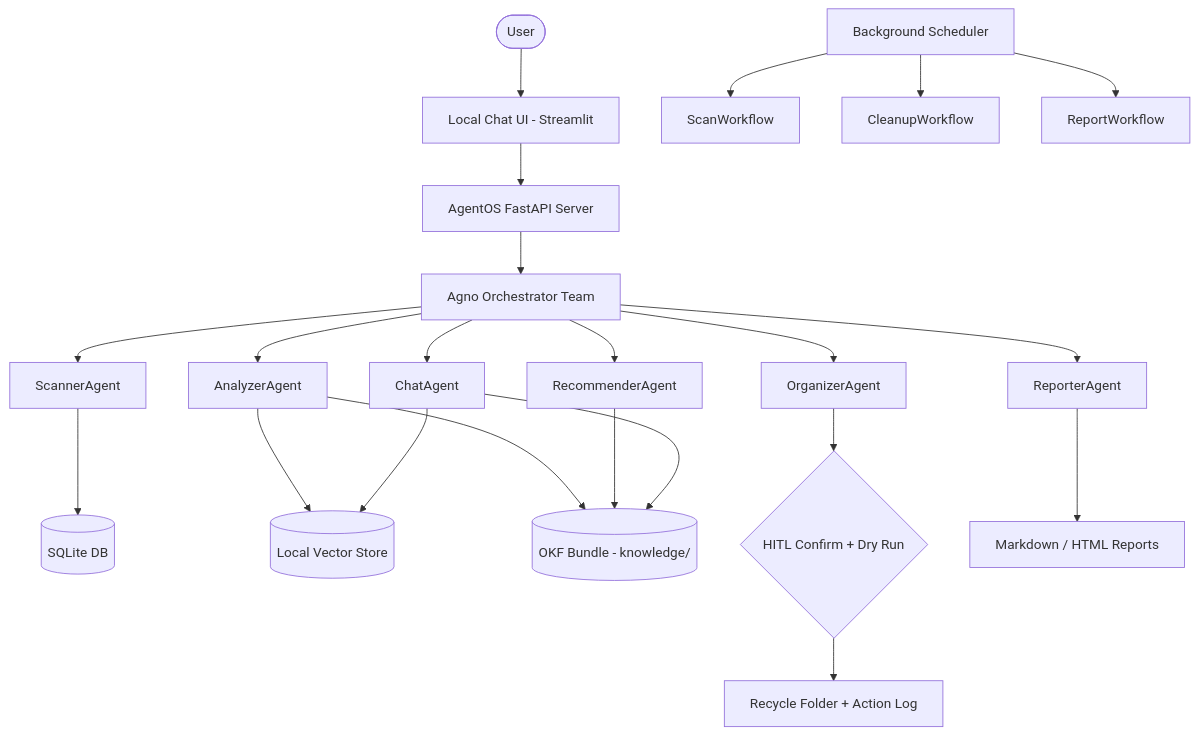
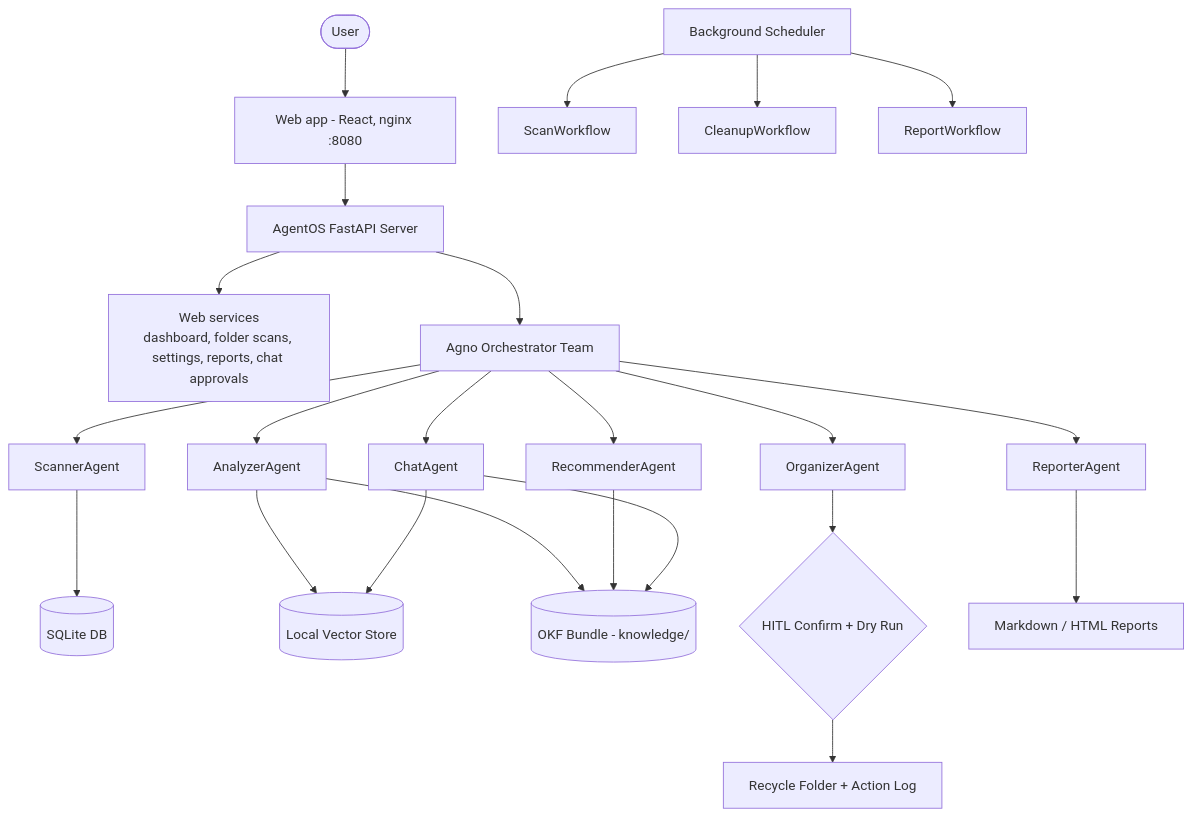
Before and after one commit to aion7891/steward: the diagram in docs/architecture.md, drawn with Mermaid. The commit also changed other lines of this file and 9 other files, not shown here.

````diff
--- a/docs/architecture.md
+++ b/docs/architecture.md
@@ -7,27 +7,28 @@
 ```mermaid
 flowchart TB
-    User([User]) --> UI[Local Chat UI - Streamlit]
+    User([User]) --> UI["Web app - React, nginx :8080"]
     UI --> API[AgentOS FastAPI Server]
+    API --> WebSvc["Web services<br/>dashboard, folder scans, settings, reports, chat approvals"]
     API --> Team[Agno Orchestrator Team]
 
     Team --> A1[ScannerAgent]
     Team --> A2[AnalyzerAgent]
     Team --> A3[OrganizerAgent]
     Team --> A4[RecommenderAgent]
     Team --> A5[ReporterAgent]
     Team --> A6[ChatAgent]
 
     A1 --> DB[(SQLite DB)]
     A2 --> RAG[(Local Vector Store)]
     A2 --> OKF[(OKF Bundle - knowledge/)]
     A3 --> Safety{HITL Confirm + Dry Run}
     Safety --> Recycle[Recycle Folder + Action Log]
     A4 --> OKF
     A5 --> Reports[Markdown / HTML Reports]
     A6 --> OKF
     A6 --> RAG
 
     Scheduler[Background Scheduler] --> WF1[ScanWorkflow]
     Scheduler --> WF2[CleanupWorkflow]
     Scheduler --> WF3[ReportWorkflow]
 ```
````
